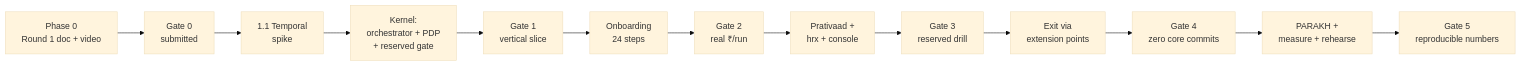
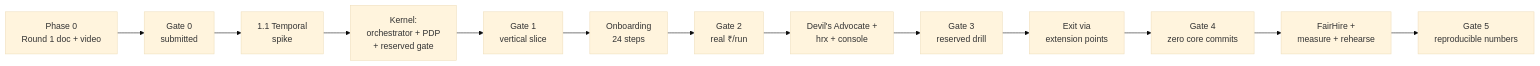
The diagram in PLAN.md (sumeettummarmatti/Darwin), drawn with Mermaid (base theme) before and after one commit. The commit also changed other lines of this file and 23 other files, not shown here.

First line of the commit message:
docs: rename to HR Autopilot, Gatekeeper, Devil's Advocate and FairHire

````diff
--- a/PLAN.md
+++ b/PLAN.md
@@ -165,15 +165,15 @@
 ```mermaid
 flowchart LR
     A["Phase 0<br/>Round 1 doc + video"] --> B["Gate 0<br/>submitted"]
     B --> C["1.1 Temporal<br/>spike"]
     C --> D["Kernel:<br/>orchestrator + PDP<br/>+ reserved gate"]
     D --> E["Gate 1<br/>vertical slice"]
     E --> F["Onboarding<br/>24 steps"]
     F --> G["Gate 2<br/>real ₹/run"]
-    G --> H["Prativaad +<br/>hrx + console"]
+    G --> H["Devil's Advocate +<br/>hrx + console"]
     H --> I["Gate 3<br/>reserved drill"]
     I --> J["Exit via<br/>extension points"]
     J --> K["Gate 4<br/>zero core commits"]
-    K --> L["PARAKH +<br/>measure + rehearse"]
+    K --> L["FairHire +<br/>measure + rehearse"]
     L --> M["Gate 5<br/>reproducible numbers"]
 ```
````
